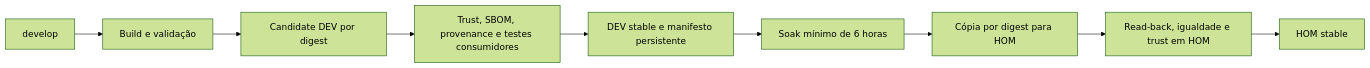
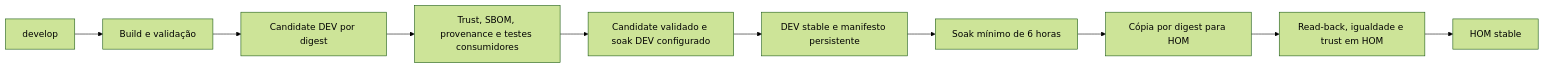
Before and after one commit to alric-corp/alric-containers-image-base: the diagram in docs/dev-hom-promotion.md, drawn with Mermaid (forest theme). The commit also changed other lines of this file and 18 other files, not shown here.

````diff
--- a/docs/dev-hom-promotion.md
+++ b/docs/dev-hom-promotion.md
@@ -22,11 +23,12 @@
 ```mermaid
 flowchart LR
     G[develop] --> B[Build e validação]
     B --> C[Candidate DEV por digest]
     C --> T[Trust, SBOM, provenance e testes consumidores]
-    T --> D[DEV stable e manifesto persistente]
+    T --> Q[Candidate validado e soak DEV configurado]
+    Q --> D[DEV stable e manifesto persistente]
     D --> S[Soak mínimo de 6 horas]
     S --> P[Cópia por digest para HOM]
     P --> V[Read-back, igualdade e trust em HOM]
     V --> H[HOM stable]
 ```
````
